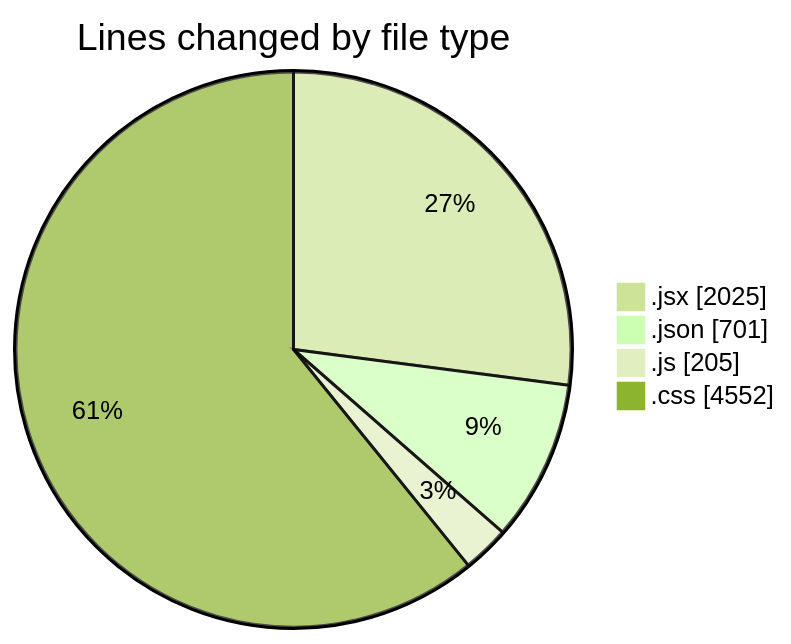
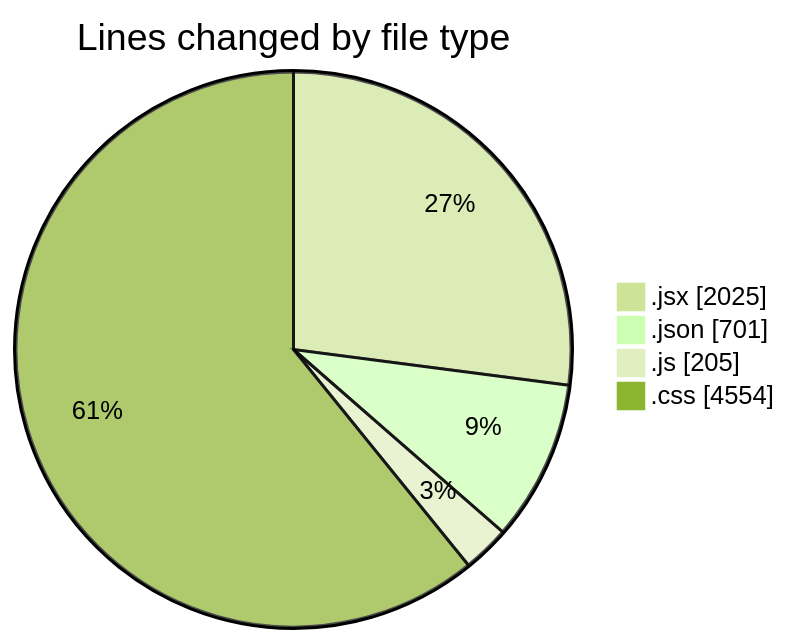
The first of 2 diagrams in 2025-05-04/project/README.md (BS-eng2023/code-tracking), drawn with Mermaid (forest theme) before and after one commit. The commit also changed other lines of this file and 1 other file, not shown here.

````diff
--- a/2025-05-04/project/README.md
+++ b/2025-05-04/project/README.md
@@ -43,8 +43,8 @@
 ```mermaid
 pie showData
 title Lines changed by file type
 ".jsx" : 2025
 ".json" : 701
 ".js" : 205
-".css" : 4552
+".css" : 4554
 ```
````
